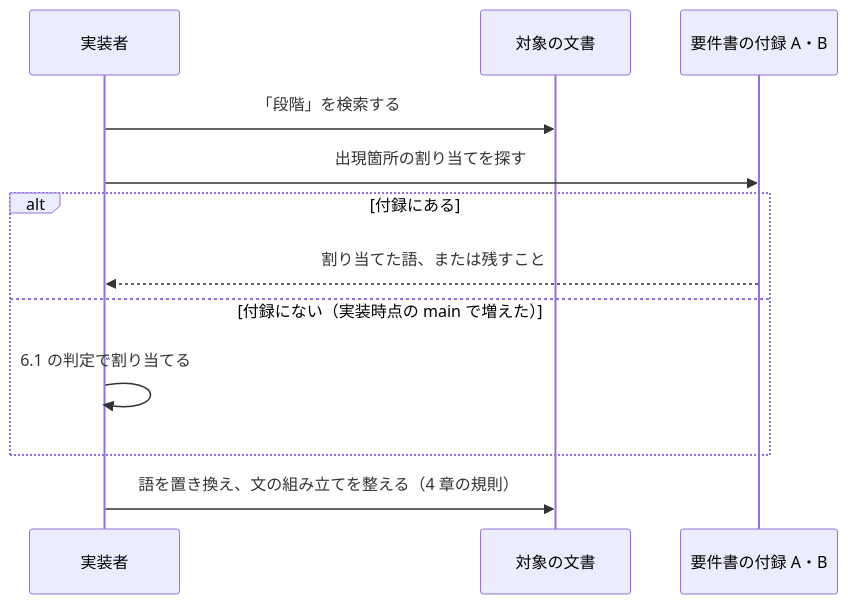
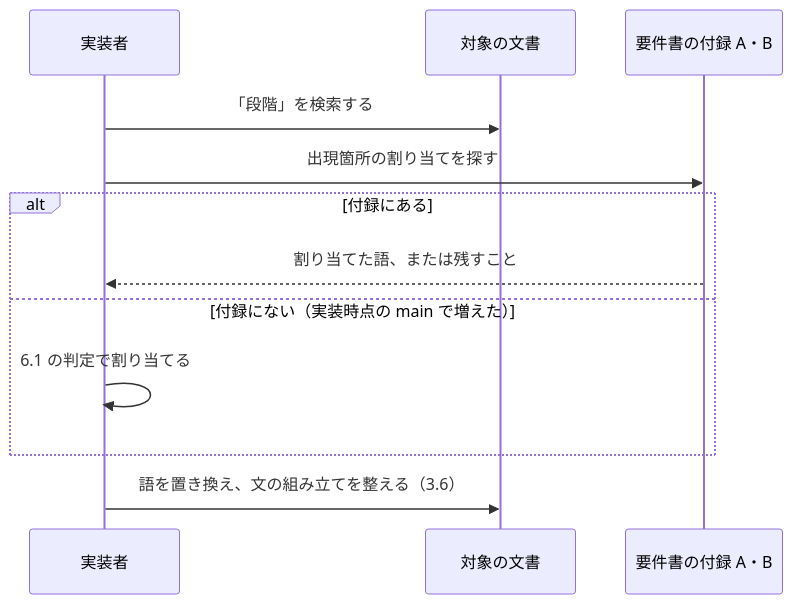
Before and after one commit to isseis/yt2column: the third of 4 diagrams in docs/tasks/0067_stage_terminology/02_architecture.md, drawn with Mermaid. The commit also changed other lines of this file, not shown here.

First line of the commit message:
docs(0067): address the architecture review and Japanese prose pass

````diff
--- a/docs/tasks/0067_stage_terminology/02_architecture.md
+++ b/docs/tasks/0067_stage_terminology/02_architecture.md
@@ -171,15 +182,15 @@
 ```mermaid
 sequenceDiagram
     participant IMPL as 実装者
     participant DOC as 対象の文書
     participant REQ as 要件書の付録 A・B
 
     IMPL->>DOC: 「段階」を検索する
     IMPL->>REQ: 出現箇所の割り当てを探す
     alt 付録にある
         REQ-->>IMPL: 割り当てた語、または残すこと
     else 付録にない（実装時点の main で増えた）
         IMPL->>IMPL: 6.1 の判定で割り当てる
     end
-    IMPL->>DOC: 語を置き換え、文の組み立てを整える（4 章の規則）
+    IMPL->>DOC: 語を置き換え、文の組み立てを整える（3.6）
 ```
````
